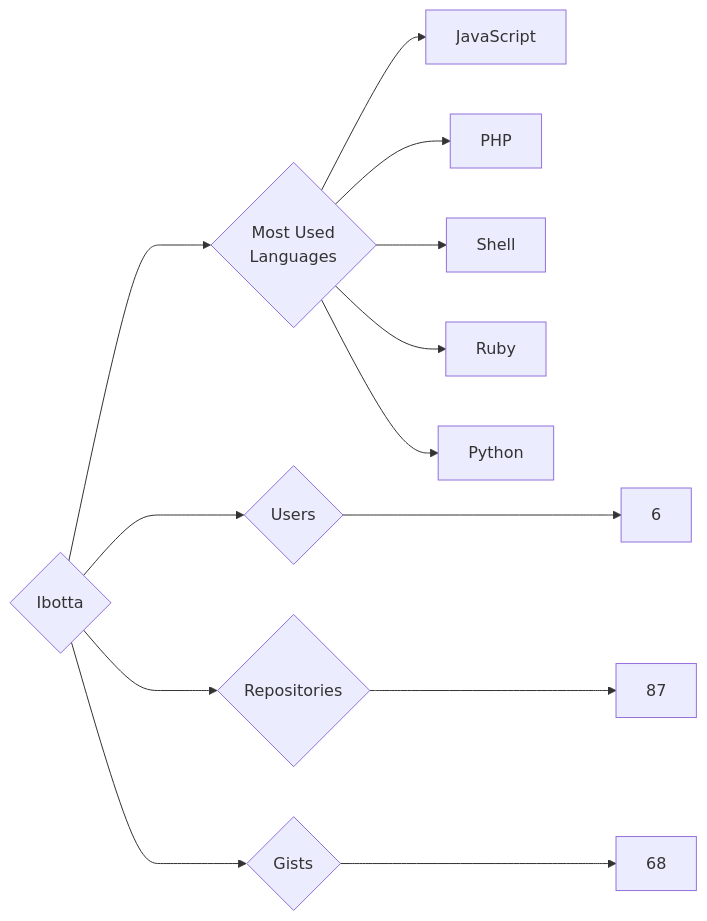
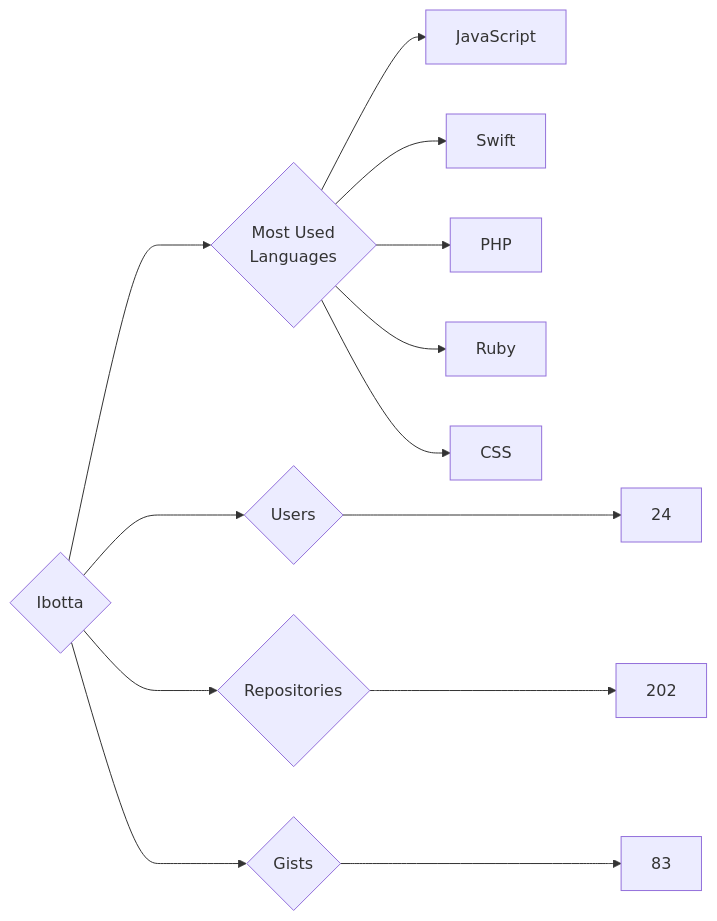
The diagram in targets/Ibotta/README.md (trickest/insiders), drawn with Mermaid before and after one commit. The commit also changed 772 other files, not shown here.

````diff
--- a/targets/Ibotta/README.md
+++ b/targets/Ibotta/README.md
@@ -3,13 +3,13 @@
 ```mermaid
 graph LR
 COMPANY_NAME{Ibotta}
-COMPANY_NAME ---> U{Users} ---> UN[6]
-COMPANY_NAME ---> R{Repositories} ---> RN[87]
-COMPANY_NAME ---> G{Gists} ---> GN[68]
+COMPANY_NAME ---> U{Users} ---> UN[24]
+COMPANY_NAME ---> R{Repositories} ---> RN[202]
+COMPANY_NAME ---> G{Gists} ---> GN[83]
 COMPANY_NAME ---> ML{Most Used<br>Languages}
 ML --> JavaScript[JavaScript]
+ML --> Swift[Swift]
 ML --> PHP[PHP]
-ML --> Shell[Shell]
 ML --> Ruby[Ruby]
-ML --> Python[Python]
+ML --> CSS[CSS]
 ```
````
